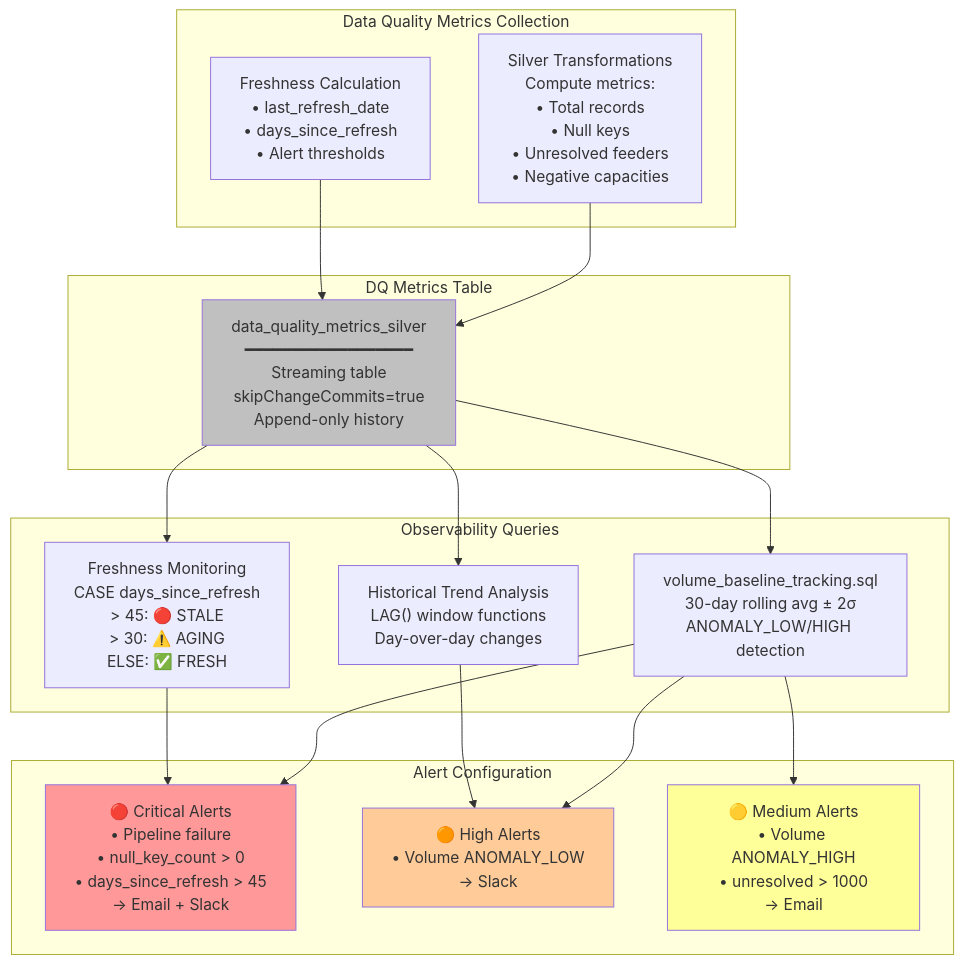
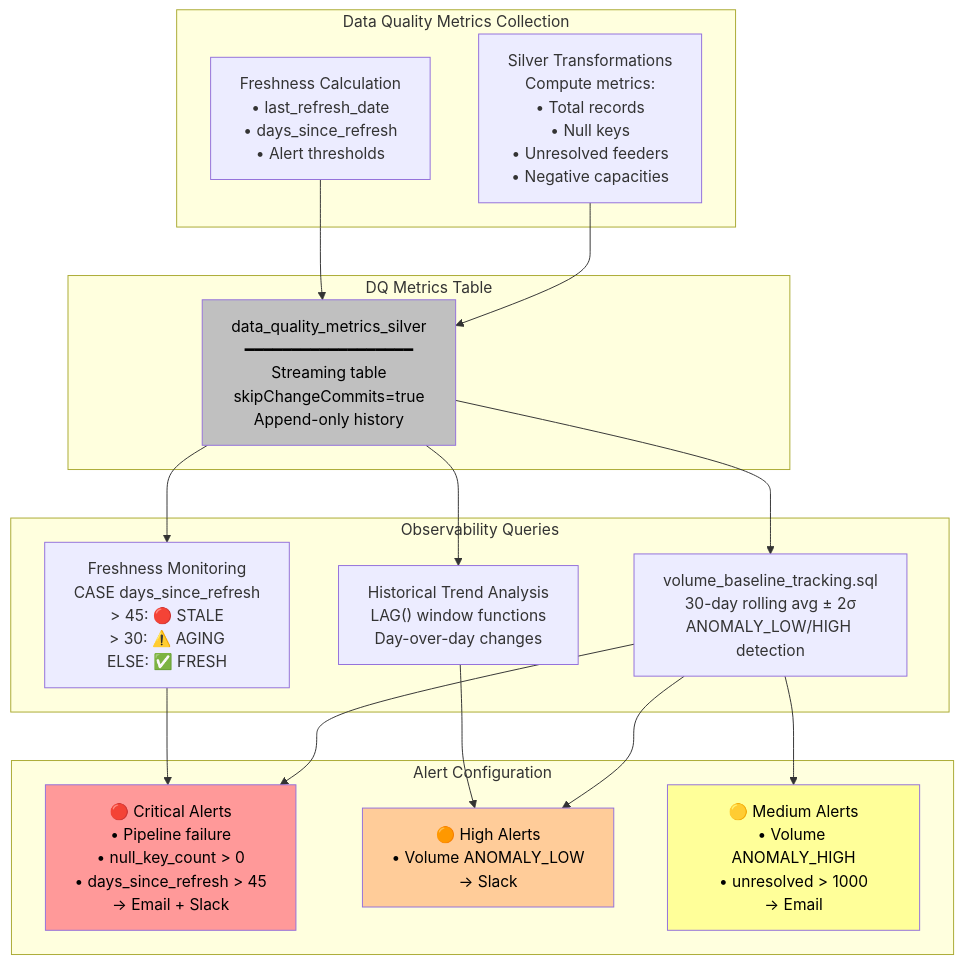
One commit to jeanpaulrd1/ny-iedr-data-platform changed the fourth of 6 diagrams in docs/SOLUTION_ARCHITECTURE_DIAGRAM.md. Above: the diagram before and after it, drawn with Mermaid. The commit also changed other lines of this file, not shown here.

First line of the commit message:
docs: Fix landing volume paths in solution architecture diagrams

````diff
--- a/docs/SOLUTION_ARCHITECTURE_DIAGRAM.md
+++ b/docs/SOLUTION_ARCHITECTURE_DIAGRAM.md
@@ -244,39 +244,39 @@
 ```mermaid
 graph TB
     subgraph "Data Quality Metrics Collection"
         DQ1["Silver Transformations<br/>Compute metrics:<br/>• Total records<br/>• Null keys<br/>• Unresolved feeders<br/>• Negative capacities"]
         DQ2["Freshness Calculation<br/>• last_refresh_date<br/>• days_since_refresh<br/>• Alert thresholds"]
     end
 
     subgraph "DQ Metrics Table"
         DQT["data_quality_metrics_silver<br/>━━━━━━━━━━━━━━━━━━<br/>Streaming table<br/>skipChangeCommits=true<br/>Append-only history"]
     end
 
     subgraph "Observability Queries"
         OBS1["volume_baseline_tracking.sql<br/>30-day rolling avg ± 2σ<br/>ANOMALY_LOW/HIGH detection"]
         OBS2["Freshness Monitoring<br/>CASE days_since_refresh<br/>  > 45: 🔴 STALE<br/>  > 30: ⚠️ AGING<br/>  ELSE: ✅ FRESH"]
         OBS3["Historical Trend Analysis<br/>LAG() window functions<br/>Day-over-day changes"]
     end
 
     subgraph "Alert Configuration"
         ALT1["🔴 Critical Alerts<br/>• Pipeline failure<br/>• null_key_count > 0<br/>• days_since_refresh > 45<br/>→ Email + Slack"]
         ALT2["🟠 High Alerts<br/>• Volume ANOMALY_LOW<br/>→ Slack"]
         ALT3["🟡 Medium Alerts<br/>• Volume ANOMALY_HIGH<br/>• unresolved > 1000<br/>→ Email"]
     end
 
     DQ1 --> DQT
     DQ2 --> DQT
     DQT --> OBS1
     DQT --> OBS2
     DQT --> OBS3
     OBS1 --> ALT1
     OBS1 --> ALT2
     OBS1 --> ALT3
     OBS2 --> ALT1
     OBS3 --> ALT2
 
-    style DQT fill:#c0c0c0
-    style ALT1 fill:#ff9999
-    style ALT2 fill:#ffcc99
-    style ALT3 fill:#ffff99
+    style DQT fill:#c0c0c0,color:#000
+    style ALT1 fill:#ff9999,color:#000
+    style ALT2 fill:#ffcc99,color:#000
+    style ALT3 fill:#ffff99,color:#000
 ```
````
